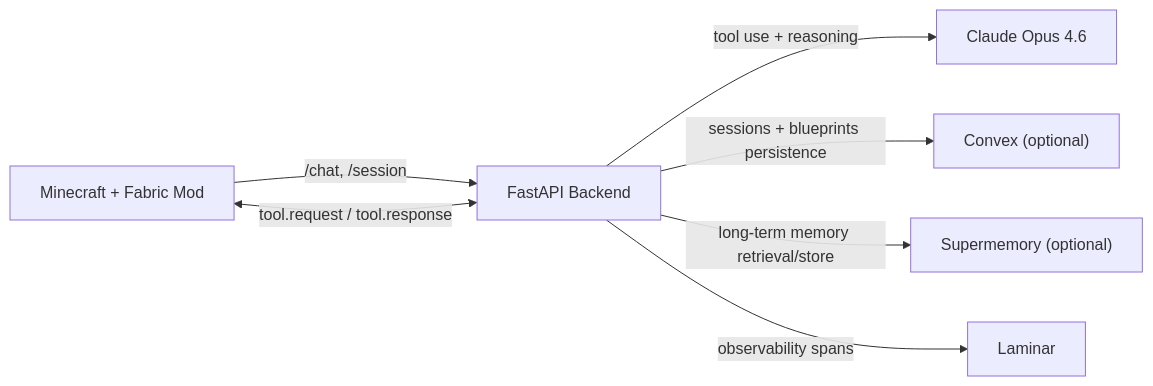
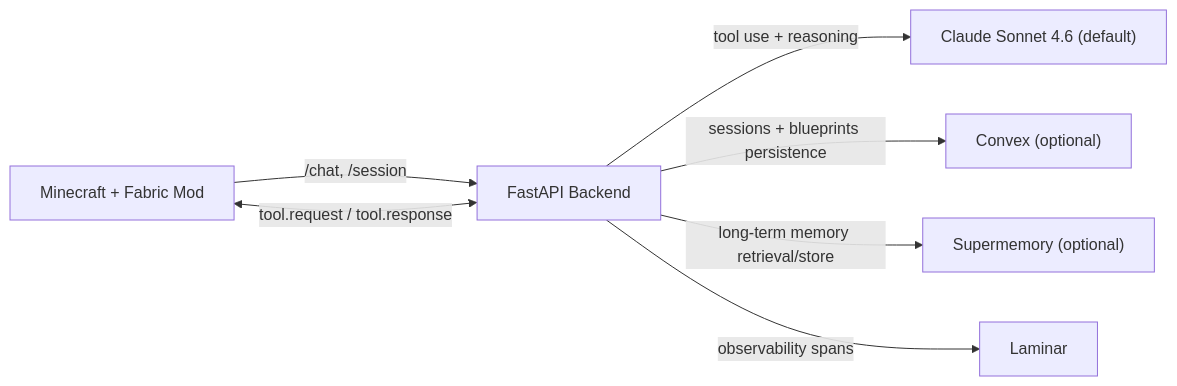
The diagram in README.md (mu-hashmi/BrowseCraft), drawn with Mermaid before and after one commit. The commit also changed 8 other files, not shown here.

````diff
--- a/README.md
+++ b/README.md
@@ -7,9 +7,9 @@
 ```mermaid
 flowchart LR
   A["Minecraft + Fabric Mod"] -->|"/chat, /session"| B["FastAPI Backend"]
-  B -->|tool use + reasoning| E["Claude Opus 4.6"]
+  B -->|tool use + reasoning| E["Claude Sonnet 4.6 (default)"]
   B <-->|tool.request / tool.response| A
   B -->|sessions + blueprints persistence| F["Convex (optional)"]
   B -->|long-term memory retrieval/store| G["Supermemory (optional)"]
   B -->|observability spans| H["Laminar"]
 ```
````
